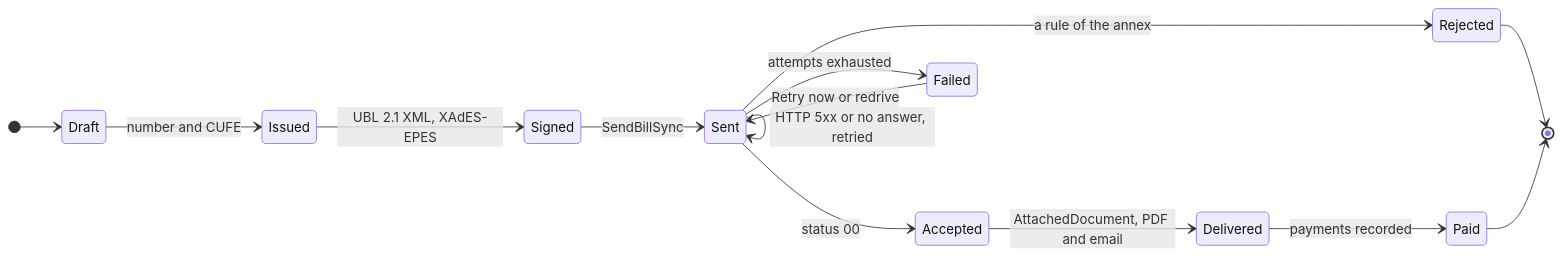
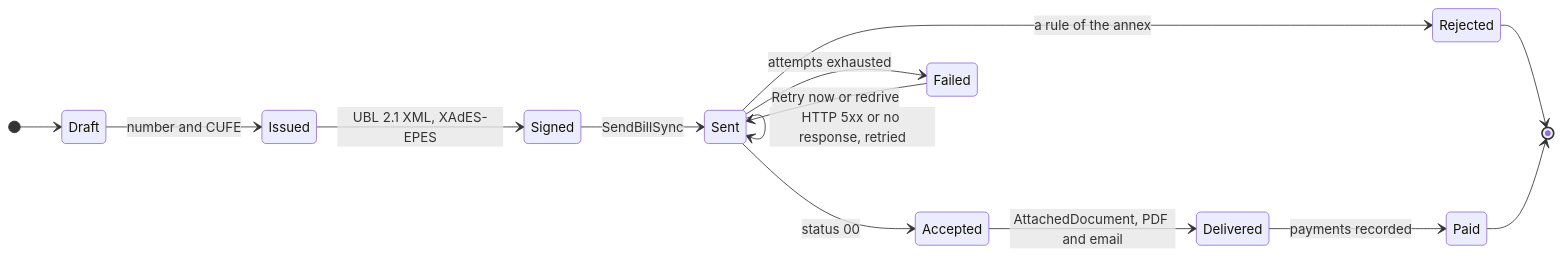
The second of 3 diagrams in README.md (iamcesarcuellar/dian-einvoice), drawn with Mermaid before and after one commit. The commit also changed other lines of this file and 27 other files, not shown here.

````diff
--- a/README.md
+++ b/README.md
@@ -152,17 +173,17 @@
 ```mermaid
 stateDiagram-v2
   direction LR
   [*] --> Draft
   Draft --> Issued: number and CUFE
   Issued --> Signed: UBL 2.1 XML, XAdES-EPES
   Signed --> Sent: SendBillSync
-  Sent --> Sent: HTTP 5xx or no answer, retried
+  Sent --> Sent: HTTP 5xx or no response, retried
   Sent --> Accepted: status 00
   Sent --> Rejected: a rule of the annex
   Sent --> Failed: attempts exhausted
   Failed --> Sent: Retry now or redrive
   Accepted --> Delivered: AttachedDocument, PDF and email
   Delivered --> Paid: payments recorded
   Rejected --> [*]
   Paid --> [*]
 ```
````
